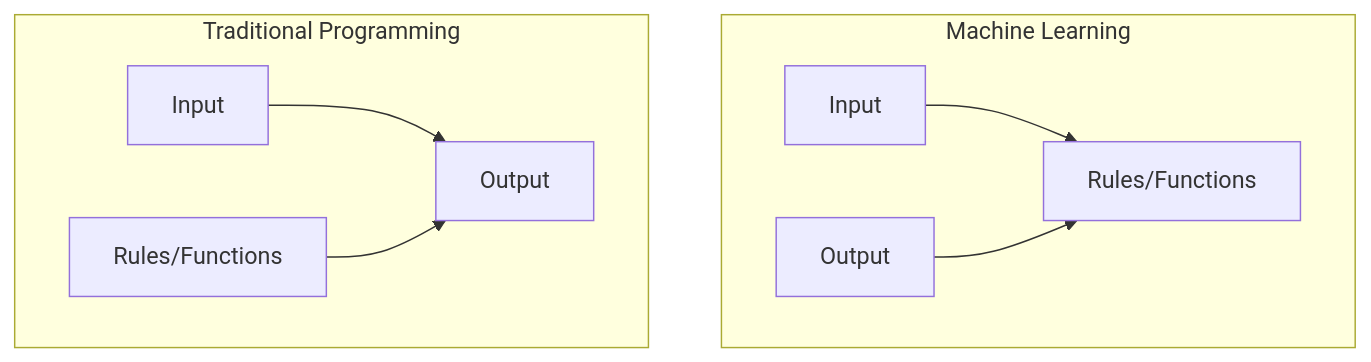
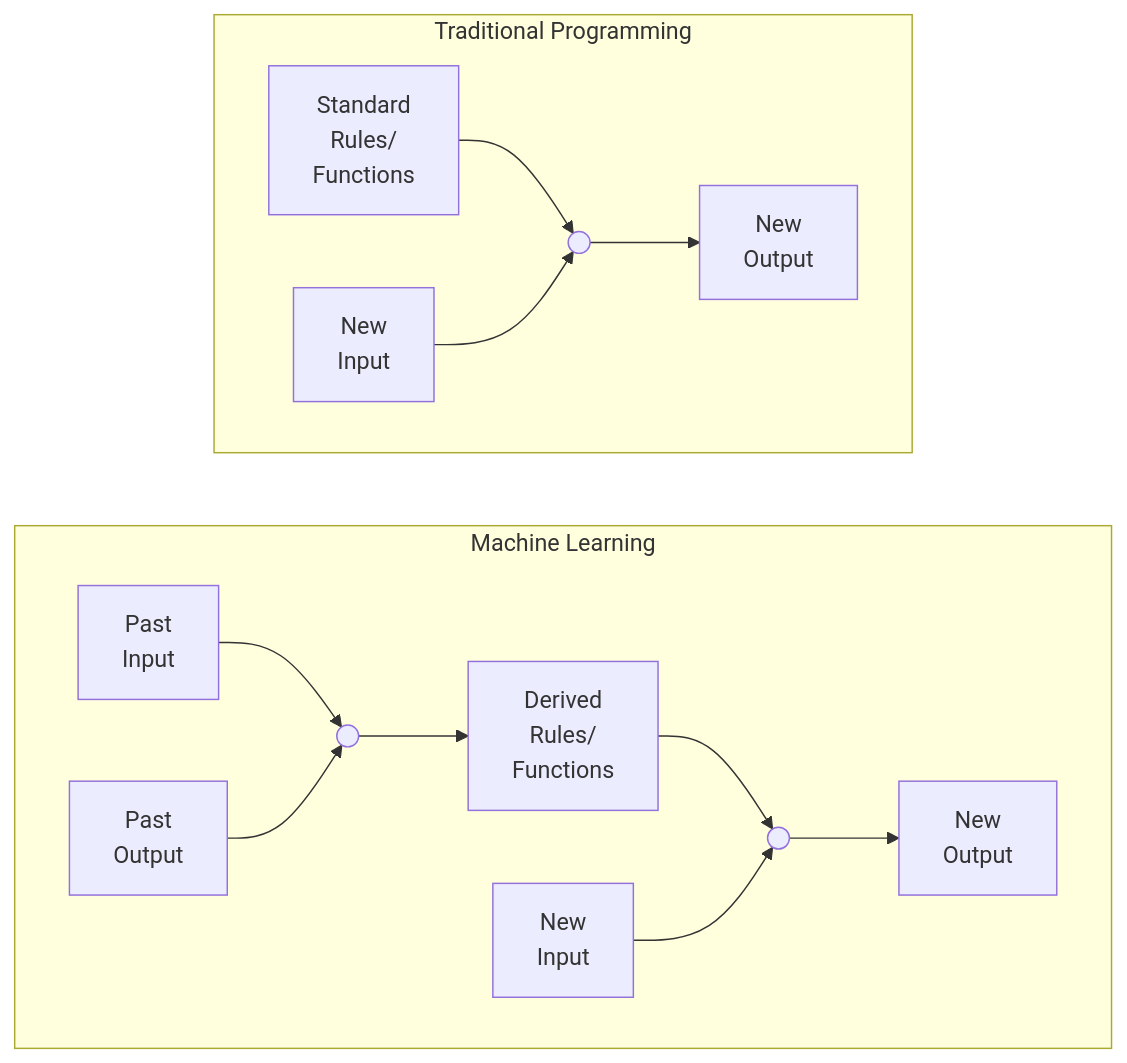
One commit to uni-notes/uni-notes changed the first of 2 diagrams in docs/CS_Electives/Machine_Learning/01_Intro.md. Above: the diagram before and after it, drawn with Mermaid. The commit also changed other lines of this file and 5 other files, not shown here.

````diff
--- a/docs/CS_Electives/Machine_Learning/01_Intro.md
+++ b/docs/CS_Electives/Machine_Learning/01_Intro.md
@@ -19,11 +21,21 @@
 ```mermaid
-flowchart TB
+flowchart LR
 
 subgraph Machine Learning
-	i2[Input] & o2[Output] --> r2[Rules/Functions]
+	direction LR
+	i2[Past<br/>Input] & o2[Past<br/>Output] -->
+	a(( )) -->
+	r2[Derived<br/>Rules/<br/>Functions]
+	
+	r2 & ni[New<br/>Input] -->
+	c(( )) -->
+	no[New<br/>Output]
 end
 
 subgraph Traditional Programming
-	i1[Input] & r1[Rules/Functions] --> o1[Output]
+	direction LR
+	r1[Standard<br/>Rules/<br/>Functions] & i1[New<br/>Input] -->
+	b(( )) -->
+	o1[New<br/>Output]
 end
 ```
````
